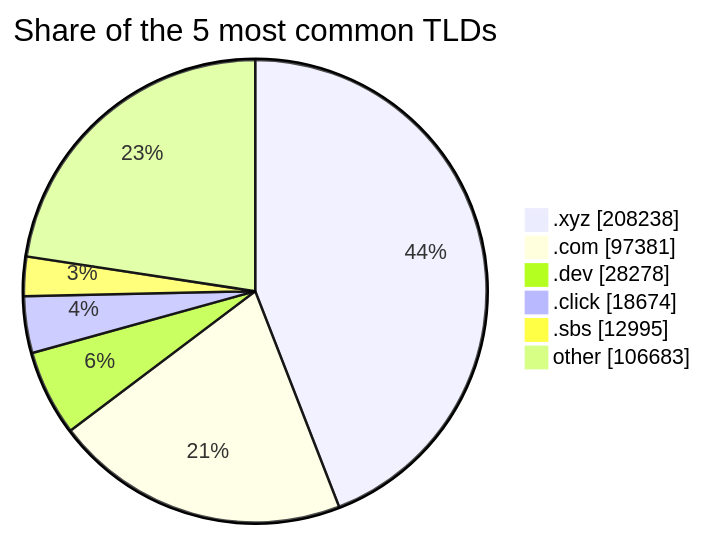
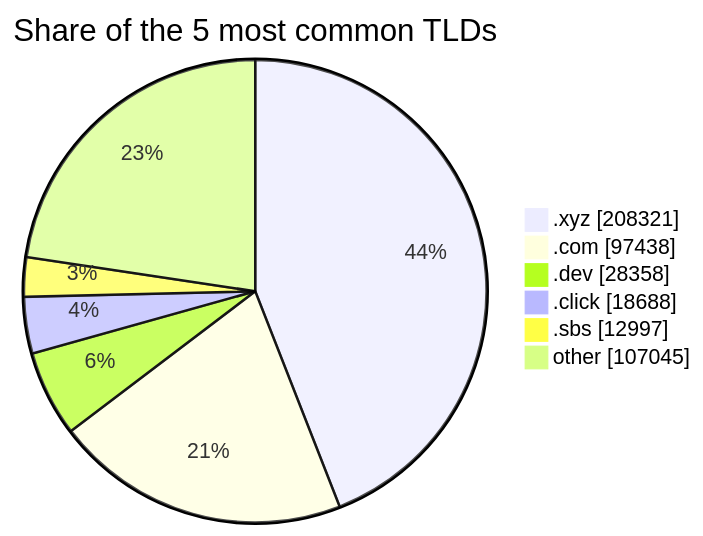
One commit to DNSBunker/CTI changed the second of 2 diagrams in README.md. Above: the diagram before and after it, drawn with Mermaid. The commit also changed other lines of this file and 3 other files, not shown here.

````diff
--- a/README.md
+++ b/README.md
@@ -72,9 +72,9 @@
 ```mermaid
 pie showData title Share of the 5 most common TLDs
-    ".xyz" : 208238
-    ".com" : 97381
-    ".dev" : 28278
-    ".click" : 18674
-    ".sbs" : 12995
-    "other" : 106683
+    ".xyz" : 208321
+    ".com" : 97438
+    ".dev" : 28358
+    ".click" : 18688
+    ".sbs" : 12997
+    "other" : 107045
 ```
````
